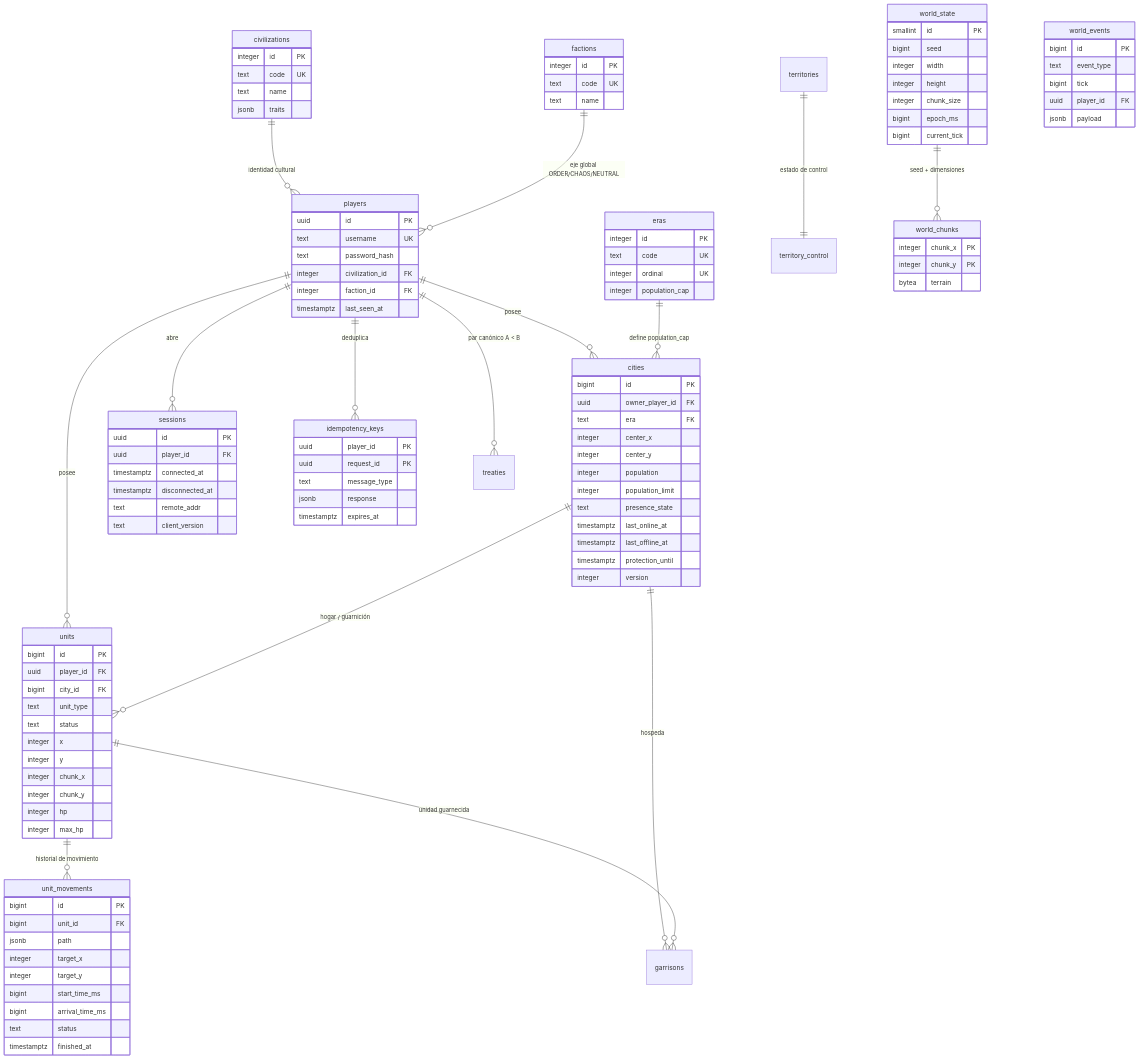
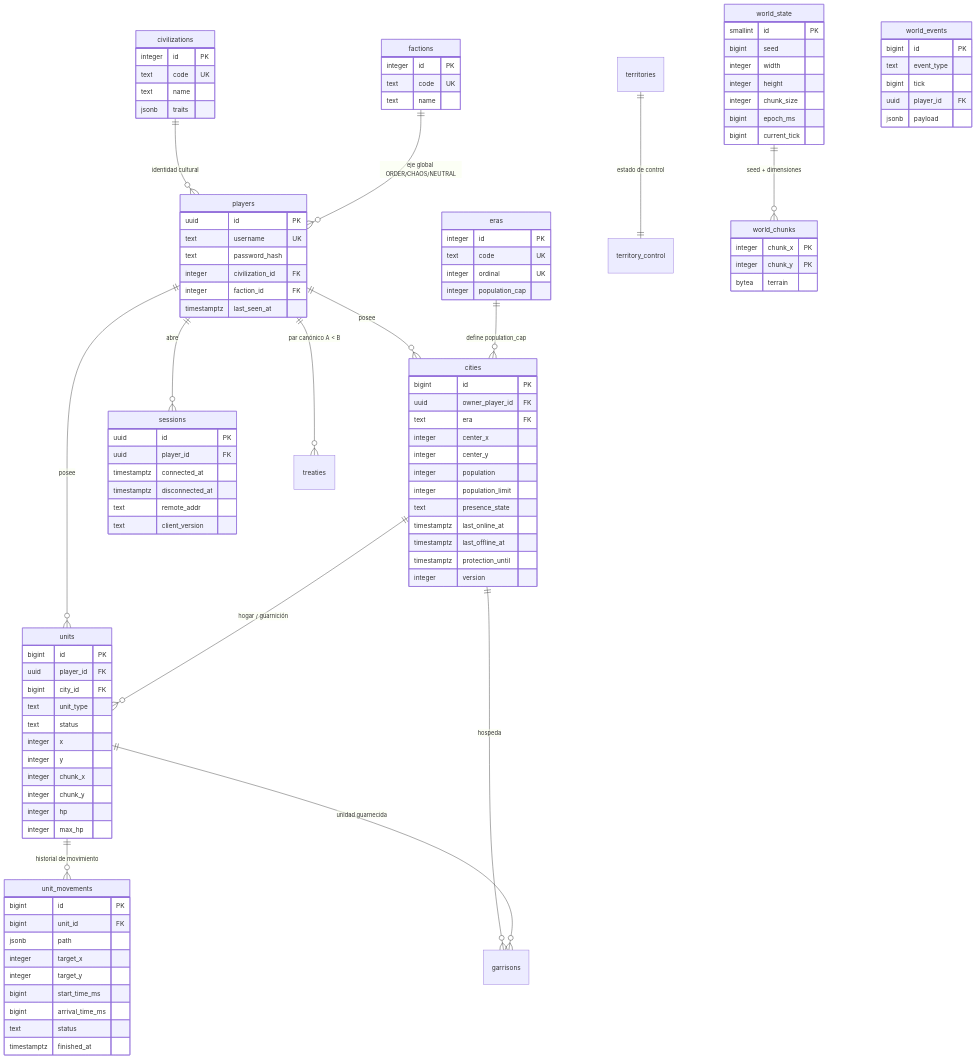
One commit to sonetlumiere-code/empires-online changed the diagram in docs/database/schema.md. Above: the diagram before and after it, drawn with Mermaid. The commit also changed other lines of this file and 32 other files, not shown here.

First line of the commit message:
feat(persistence): se elimina idempotency_keys y el alta disputada responde 503 (ADR-014)

```diff
--- a/docs/database/schema.md
+++ b/docs/database/schema.md
@@ -53,7 +52,6 @@
     players       ||--o{ cities : posee
     players       ||--o{ units : posee
     players       ||--o{ sessions : abre
-    players       ||--o{ idempotency_keys : deduplica
     eras          ||--o{ cities : "define population_cap"
     cities        ||--o{ units : "hogar / guarnición"
     units         ||--o{ unit_movements : "historial de movimiento"
@@ -148,13 +146,6 @@
         text remote_addr
         text client_version
     }
-    idempotency_keys {
-        uuid player_id PK
-        uuid request_id PK
-        text message_type
-        jsonb response
-        timestamptz expires_at
-    }
     world_events {
         bigint id PK
         text event_type
```
